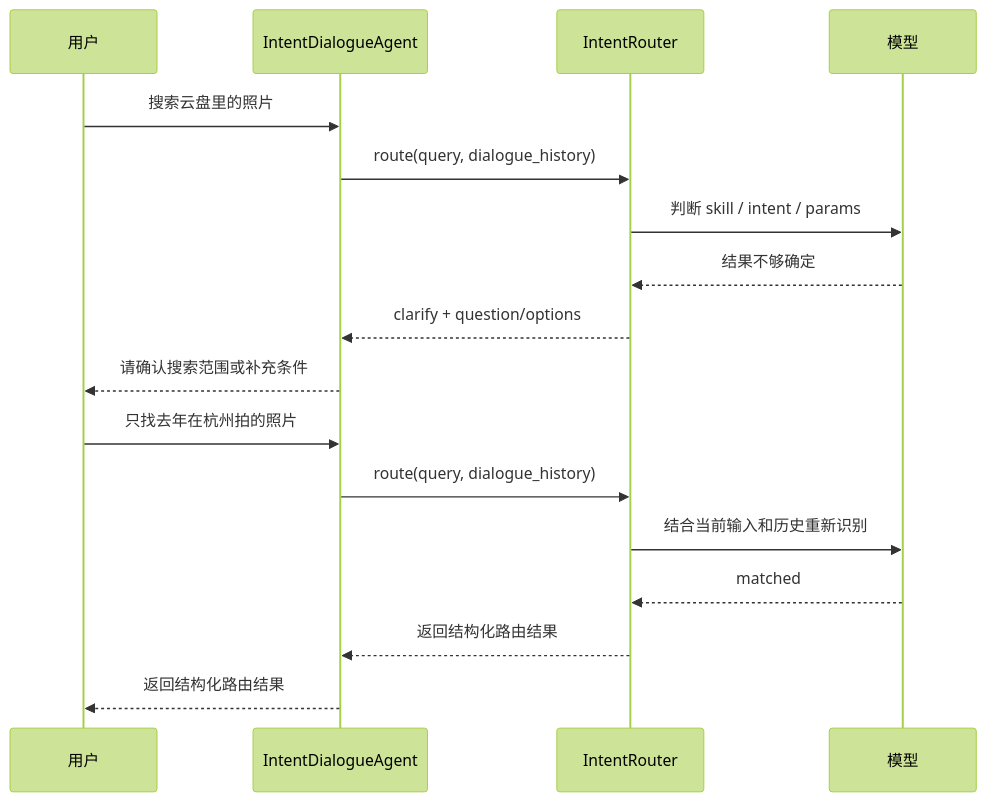
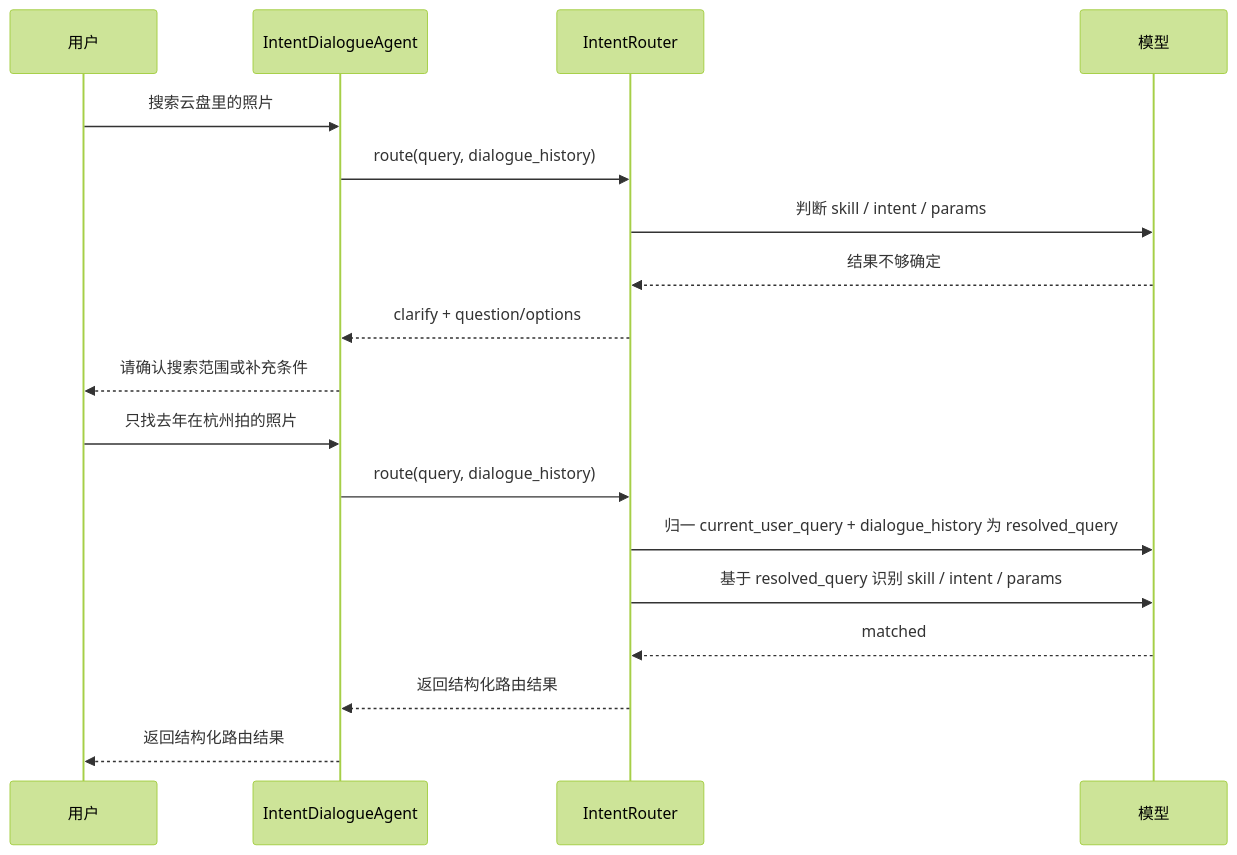
Before and after one commit to zhongdixiu/mcloud_intents_loop: the fifth of 5 diagrams in 意图识别项目进展汇报.md, drawn with Mermaid (forest theme). The commit also changed other lines of this file and 10 other files, not shown here.

````diff
--- a/意图识别项目进展汇报.md
+++ b/意图识别项目进展汇报.md
@@ -247,20 +247,21 @@
 ```mermaid
 sequenceDiagram
     participant U as 用户
     participant A as IntentDialogueAgent
     participant R as IntentRouter
     participant M as 模型
 
     U->>A: 搜索云盘里的照片
     A->>R: route(query, dialogue_history)
     R->>M: 判断 skill / intent / params
     M-->>R: 结果不够确定
     R-->>A: clarify + question/options
     A-->>U: 请确认搜索范围或补充条件
     U->>A: 只找去年在杭州拍的照片
     A->>R: route(query, dialogue_history)
-    R->>M: 结合当前输入和历史重新识别
+    R->>M: 归一 current_user_query + dialogue_history 为 resolved_query
+    R->>M: 基于 resolved_query 识别 skill / intent / params
     M-->>R: matched
     R-->>A: 返回结构化路由结果
     A-->>U: 返回结构化路由结果
 ```
````
